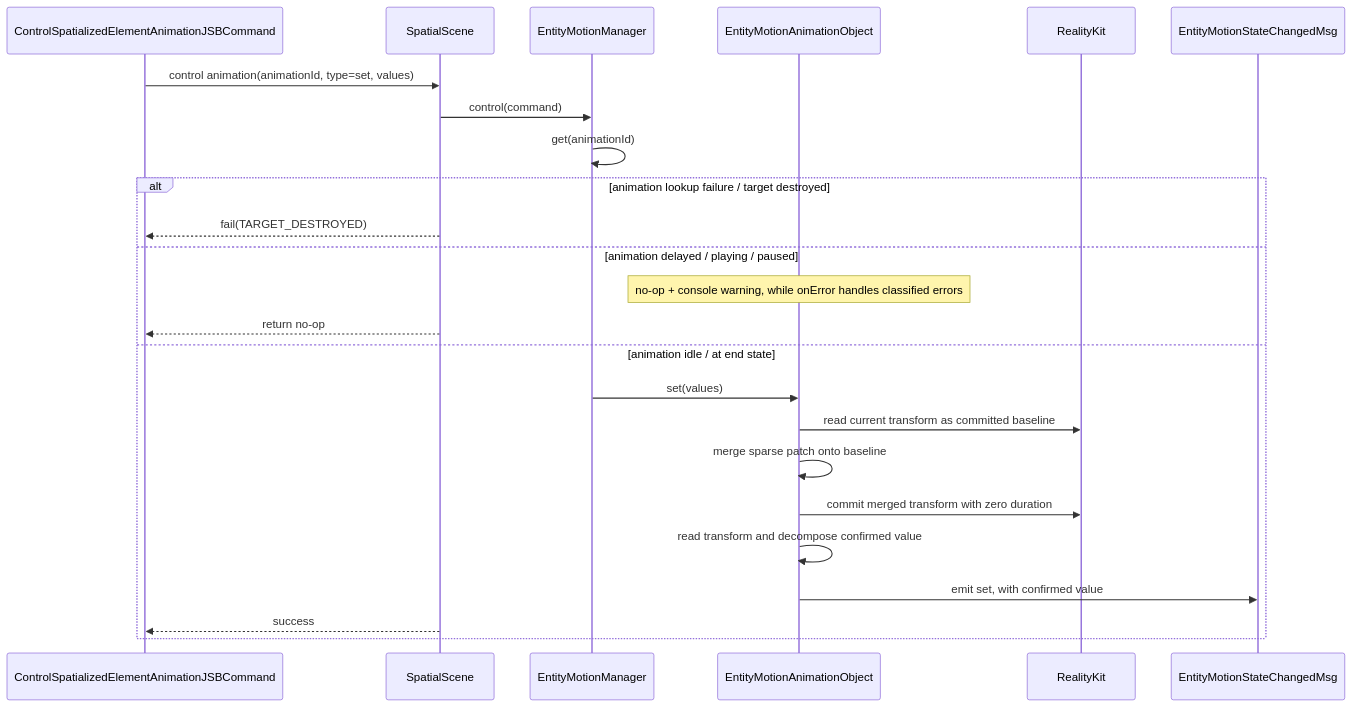
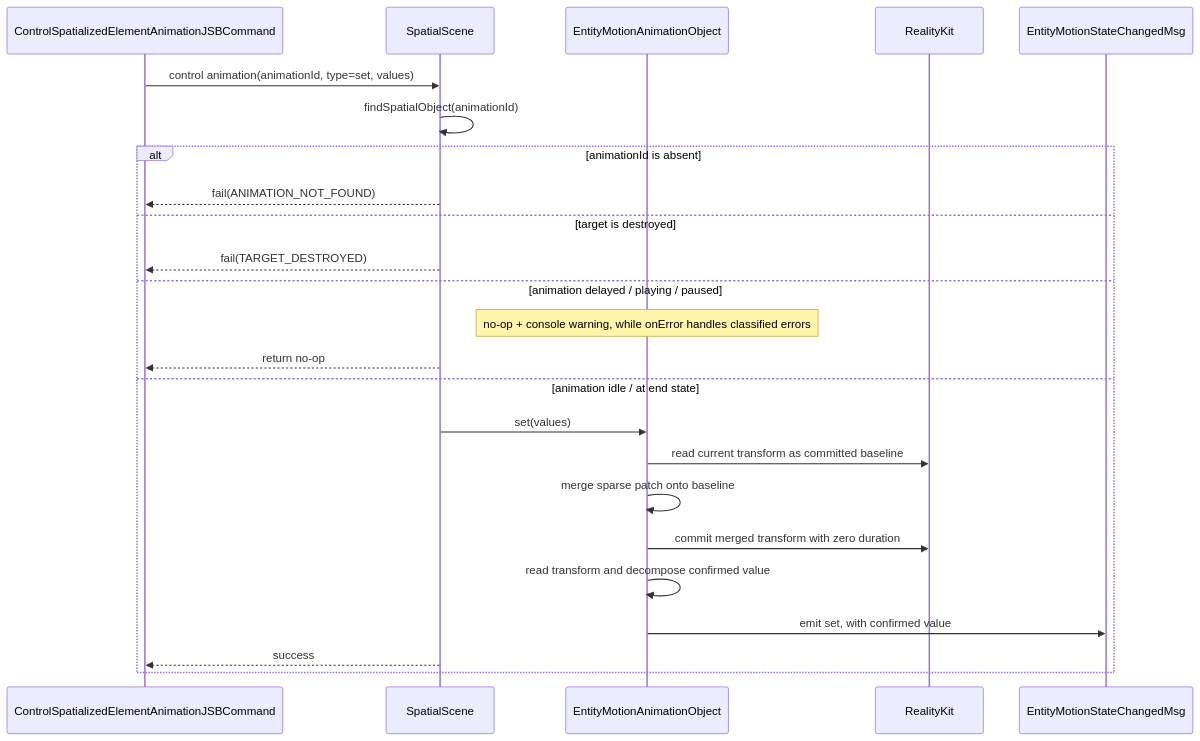
Before and after one commit to webspatial/webspatial-sdk: diagram 14 of 14 in openspec/changes/redesign-entity-motion-api/design.md, drawn with Mermaid. The commit also changed other lines of this file and 1 other file, not shown here.

````diff
--- a/openspec/changes/redesign-entity-motion-api/design.md
+++ b/openspec/changes/redesign-entity-motion-api/design.md
@@ -1012,27 +1103,27 @@
 ```mermaid
 sequenceDiagram
     participant JSB as ControlSpatializedElementAnimationJSBCommand
     participant Scene as SpatialScene
-    participant Manager as EntityMotionManager
     participant Obj as EntityMotionAnimationObject
     participant RK as RealityKit
     participant Event as EntityMotionStateChangedMsg
 
     JSB->>Scene: control animation(animationId, type=set, values)
-    Scene->>Manager: control(command)
-    Manager->>Manager: get(animationId)
-    alt animation lookup failure / target destroyed
+    Scene->>Scene: findSpatialObject(animationId)
+    alt animationId is absent
+        Scene-->>JSB: fail(ANIMATION_NOT_FOUND)
+    else target is destroyed
         Scene-->>JSB: fail(TARGET_DESTROYED)
     else animation delayed / playing / paused
         Note over Obj: no-op + console warning, while onError handles classified errors
         Scene-->>JSB: return no-op
     else animation idle / at end state
-        Manager->>Obj: set(values)
+        Scene->>Obj: set(values)
         Obj->>RK: read current transform as committed baseline
         Obj->>Obj: merge sparse patch onto baseline
         Obj->>RK: commit merged transform with zero duration
         Obj->>Obj: read transform and decompose confirmed value
         Obj->>Event: emit set, with confirmed value
         Scene-->>JSB: success
     end
 ```
````
